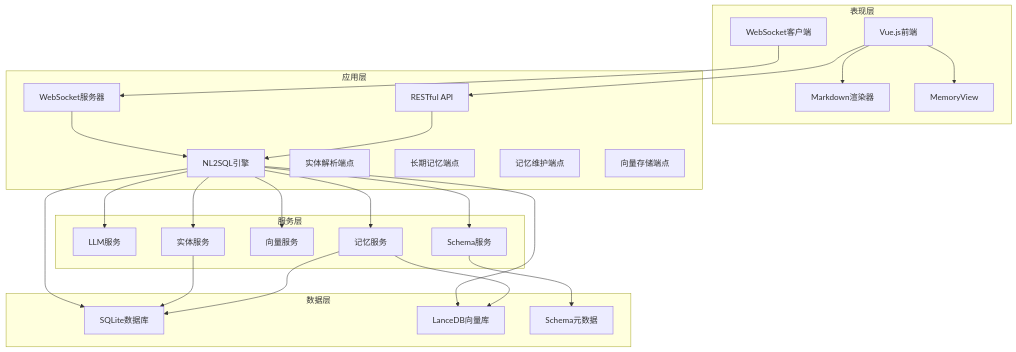
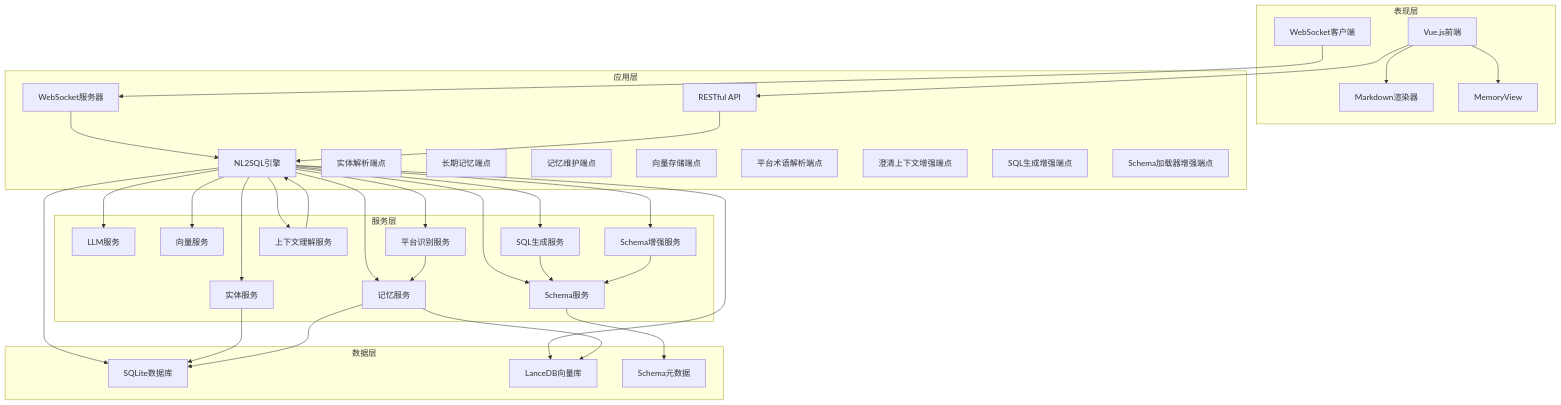
The second of 18 diagrams in .qoder/repowiki/zh/content/核心模块详解/NL2SQL自然语言到SQL系统/NL2SQL自然语言到SQL系统.md (HanHuiOnLine/724-office), drawn with Mermaid before and after one commit. The commit also changed other lines of this file and 115 other files, not shown here.

````diff
--- a/.qoder/repowiki/zh/content/核心模块详解/NL2SQL自然语言到SQL系统/NL2SQL自然语言到SQL系统.md
+++ b/.qoder/repowiki/zh/content/核心模块详解/NL2SQL自然语言到SQL系统/NL2SQL自然语言到SQL系统.md
@@ -208,47 +221,63 @@
 ```mermaid
 graph TB
 subgraph "表现层"
 UI[Vue.js前端]
 WS[WebSocket客户端]
 MR[Markdown渲染器]
 MV[MemoryView]
 end
 subgraph "应用层"
 API[RESTful API]
 WS_SERVER[WebSocket服务器]
 ENGINE[NL2SQL引擎]
 ENDPOINT[实体解析端点]
 LT_ENDPOINT[长期记忆端点]
 ENDPOINT2[记忆维护端点]
 ENDPOINT3[向量存储端点]
+PT_ENDPOINT[平台术语解析端点]
+ENHANCE_ENDPOINT[澄清上下文增强端点]
+ENDPOINT4[SQL生成增强端点]
+ENDPOINT5[Schema加载器增强端点]
 end
 subgraph "服务层"
 LLM[LLM服务]
 SCHEMA[Schema服务]
 VECTOR[向量服务]
 ENTITIES[实体服务]
 MEMORY[记忆服务]
+PLATFORM[平台识别服务]
+CONTEXT[上下文理解服务]
+SQLGEN[SQL生成服务]
+SCHEMA_ENH[Schema增强服务]
 end
 subgraph "数据层"
 SQLITE[SQLite数据库]
 LANCEDB[LanceDB向量库]
 METADATA[Schema元数据]
 end
 UI --> API
 UI --> MR
 UI --> MV
 WS --> WS_SERVER
 WS_SERVER --> ENGINE
 API --> ENGINE
 ENGINE --> LLM
 ENGINE --> SCHEMA
 ENGINE --> VECTOR
 ENGINE --> ENTITIES
 ENGINE --> MEMORY
+ENGINE --> PLATFORM
+ENGINE --> CONTEXT
+ENGINE --> SQLGEN
+ENGINE --> SCHEMA_ENH
 SCHEMA --> METADATA
 ENGINE --> SQLITE
 ENGINE --> LANCEDB
 ENTITIES --> SQLITE
 MEMORY --> SQLITE
 MEMORY --> LANCEDB
+PLATFORM --> MEMORY
+CONTEXT --> ENGINE
+SQLGEN --> SCHEMA
+SCHEMA_ENH --> SCHEMA
 ```
````
